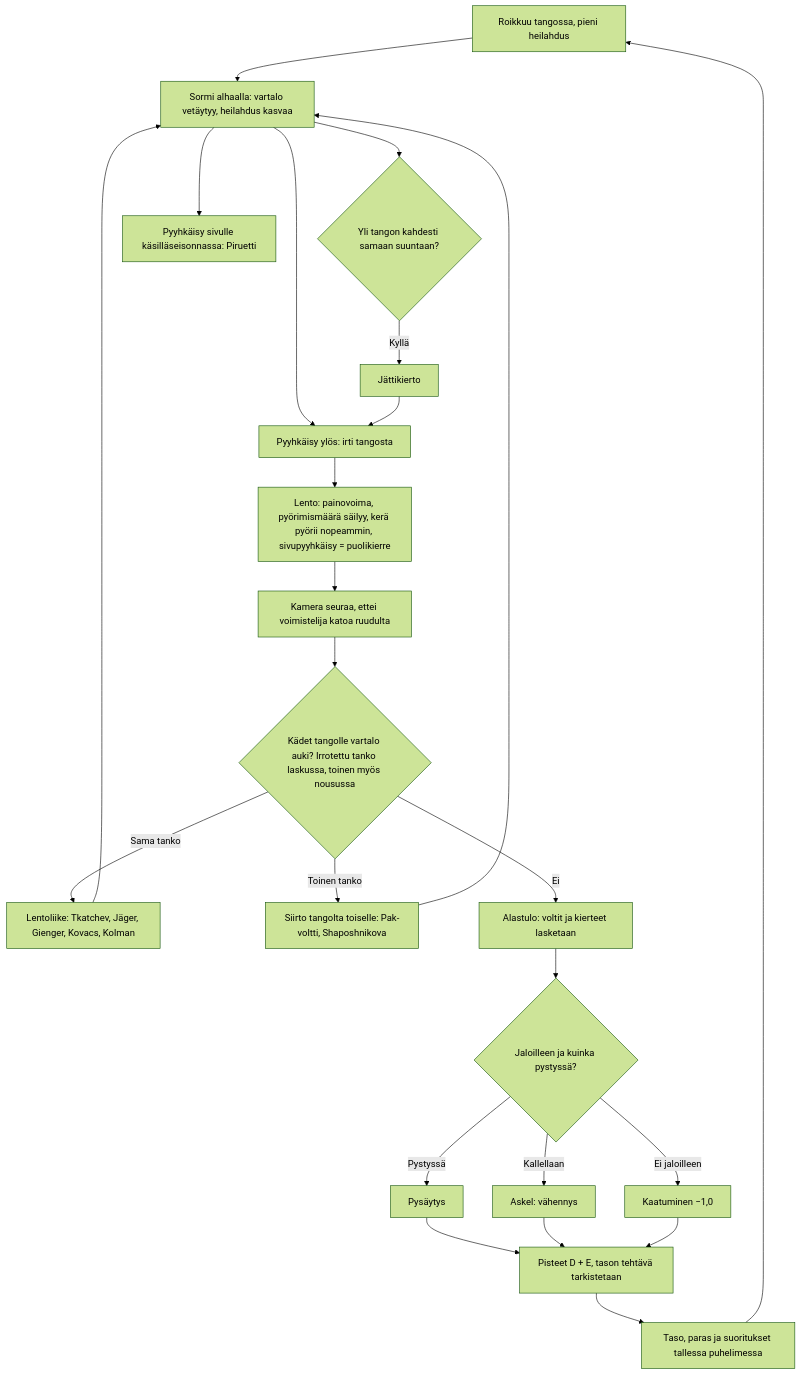
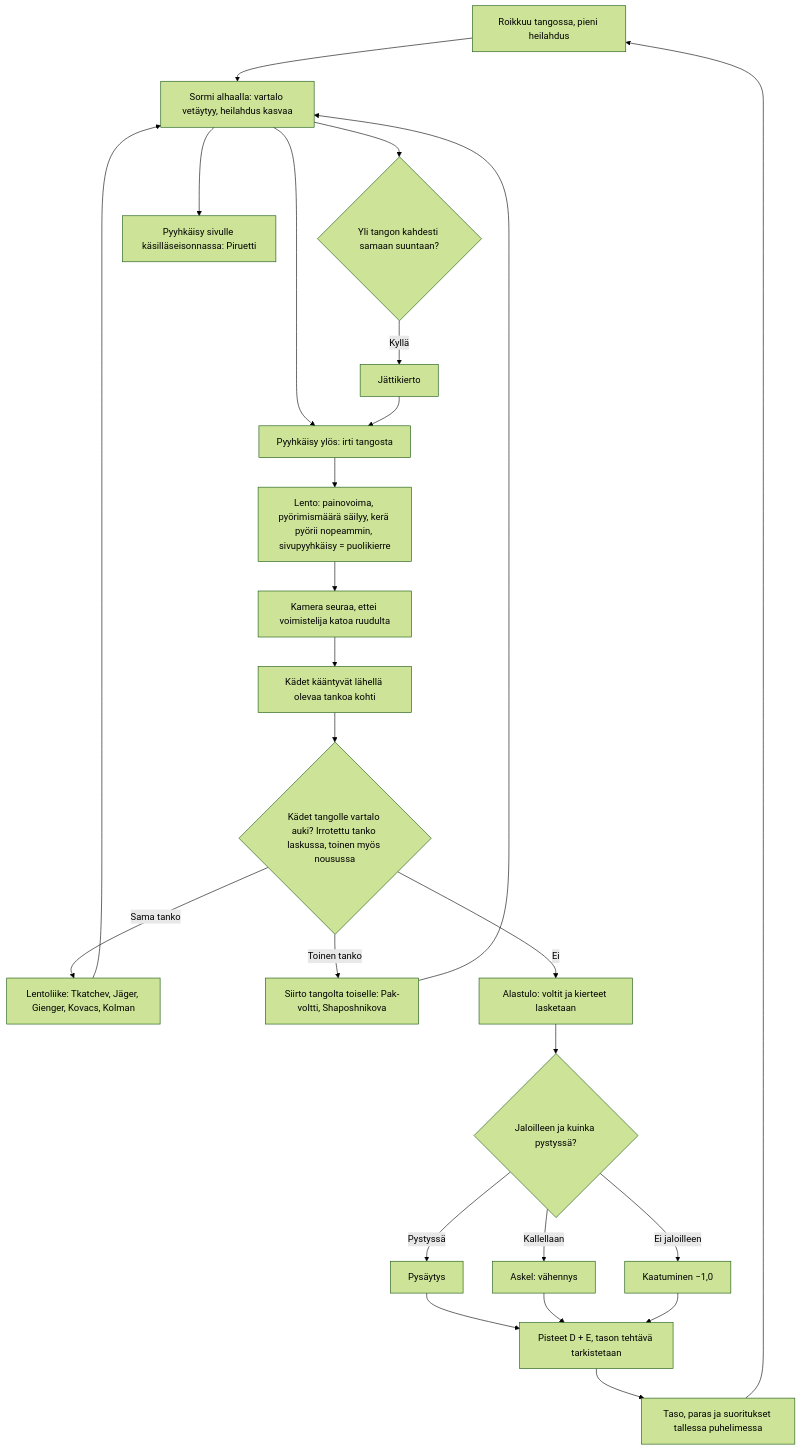
The diagram in docs/diagrams/voimistelu.md (eerovil/ai-pelit), drawn with Mermaid (forest theme) before and after one commit. The commit also changed other lines of this file and 3 other files, not shown here.

````diff
--- a/docs/diagrams/voimistelu.md
+++ b/docs/diagrams/voimistelu.md
@@ -10,31 +10,32 @@
 ```mermaid
 flowchart TD
   A[Roikkuu tangossa, pieni heilahdus] --> B[Sormi alhaalla: vartalo vetäytyy, heilahdus kasvaa]
   B --> C{Yli tangon kahdesti samaan suuntaan?}
   C -- Kyllä --> D[Jättikierto]
   B --> P[Pyyhkäisy sivulle käsilläseisonnassa: Piruetti]
   B --> E[Pyyhkäisy ylös: irti tangosta]
   D --> E
   E --> F[Lento: painovoima, pyörimismäärä säilyy, kerä pyörii nopeammin, sivupyyhkäisy = puolikierre]
   F --> R[Kamera seuraa, ettei voimistelija katoa ruudulta]
-  R --> G{Kädet tangolle vartalo auki? Irrotettu tanko laskussa, toinen myös nousussa}
+  R --> T[Kädet kääntyvät lähellä olevaa tankoa kohti]
+  T --> G{Kädet tangolle vartalo auki? Irrotettu tanko laskussa, toinen myös nousussa}
   G -- Sama tanko --> H[Lentoliike: Tkatchev, Jäger, Gienger, Kovacs, Kolman]
   G -- Toinen tanko --> Q[Siirto tangolta toiselle: Pak-voltti, Shaposhnikova]
   H --> B
   Q --> B
   G -- Ei --> I[Alastulo: voltit ja kierteet lasketaan]
   I --> J{Jaloilleen ja kuinka pystyssä?}
   J -- Pystyssä --> K[Pysäytys]
   J -- Kallellaan --> L[Askel: vähennys]
   J -- Ei jaloilleen --> M[Kaatuminen −1,0]
   K --> N[Pisteet D + E, tason tehtävä tarkistetaan]
   L --> N
   M --> N
   N --> O[Taso, paras ja suoritukset tallessa puhelimessa]
   O --> A
   class A,B,E,P blue
   class C,G,J amber
-  class F,R teal
+  class F,R,T teal
   class D,H,I,K,N,O,Q green
   class L,M rose
 ```
````
